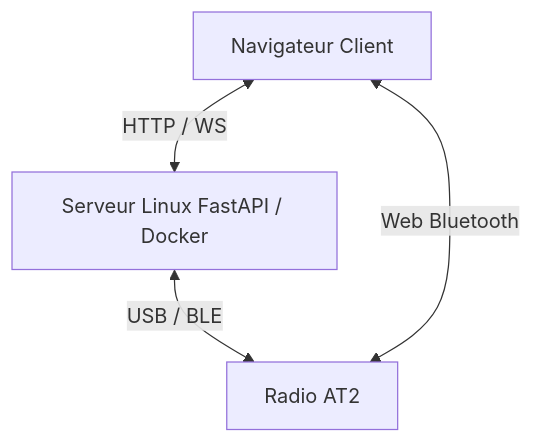
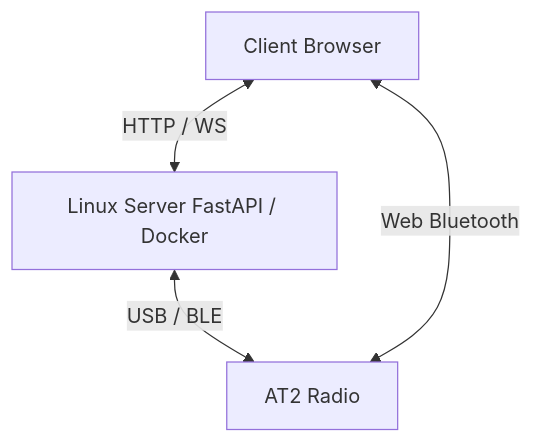
One commit to dx9674hnxw-spec/at2-bridge changed the diagram in README.md. Above: the diagram before and after it, drawn with Mermaid. The commit also changed other lines of this file, not shown here.

````diff
--- a/README.md
+++ b/README.md
@@ -105,6 +89,6 @@
 ```mermaid
 graph TD
-    Browser[Navigateur Client] <-->|HTTP / WS| Server[Serveur Linux FastAPI / Docker]
-    Server <-->|USB / BLE| Radio[Radio AT2]
+    Browser[Client Browser] <-->|HTTP / WS| Server[Linux Server FastAPI / Docker]
+    Server <-->|USB / BLE| Radio[AT2 Radio]
     Browser <-->|Web Bluetooth| Radio
 ```
````
